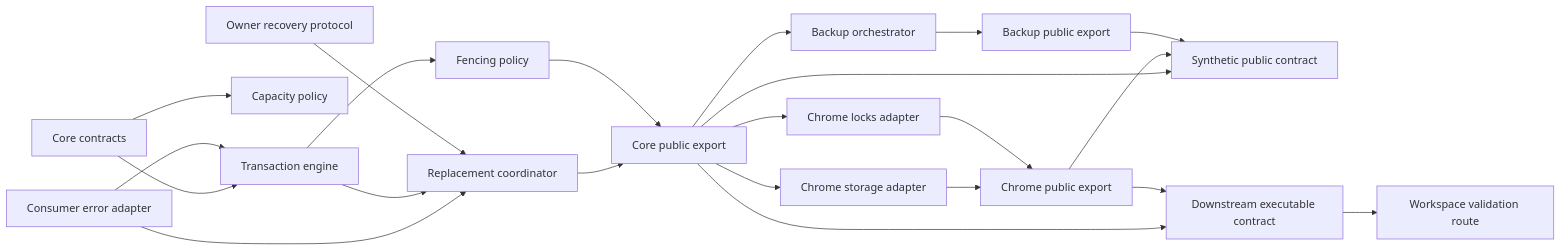
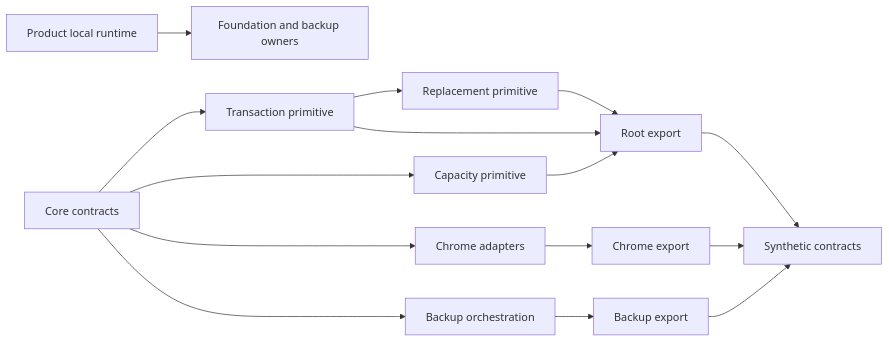
One commit to Huruikagi/pc-build-planner changed the first of 2 diagrams in .kiro/specs/local-data-library-boundaries/design.md. Above: the diagram before and after it, drawn with Mermaid. The commit also changed other lines of this file and 29 other files, not shown here.

Commit message:
feat(local-data-foundation): characterize product runtime

````diff
--- a/.kiro/specs/local-data-library-boundaries/design.md
+++ b/.kiro/specs/local-data-library-boundaries/design.md
@@ -87,24 +72,17 @@
 ```mermaid
 graph LR
-    CoreContracts[Core contracts] --> Transaction[Transaction engine]
-    ErrorAdapter[Consumer error adapter] --> Transaction
-    ErrorAdapter --> Replacement
-    CoreContracts --> Capacity[Capacity policy]
-    Transaction --> Replacement[Replacement coordinator]
-    Transaction --> Fencing[Fencing policy]
-    RecoveryProtocol[Owner recovery protocol] --> Replacement
-    Replacement --> CorePublic[Core public export]
-    Fencing --> CorePublic
-    ChromeStorage[Chrome storage adapter] --> ChromePublic[Chrome public export]
-    ChromeLocks[Chrome locks adapter] --> ChromePublic
-    CorePublic --> ChromeStorage
-    CorePublic --> ChromeLocks
-    CorePublic --> BackupFlow[Backup orchestrator]
-    BackupFlow --> BackupPublic[Backup public export]
-    CorePublic --> SyntheticContract[Synthetic public contract]
-    ChromePublic --> SyntheticContract
-    BackupPublic --> SyntheticContract
-    ProductContract[Downstream executable contract] --> ValidationRoute[Workspace validation route]
-    CorePublic --> ProductContract
-    ChromePublic --> ProductContract
+    Contracts[Core contracts] --> Transaction[Transaction primitive]
+    Contracts --> Capacity[Capacity primitive]
+    Transaction --> Replacement[Replacement primitive]
+    Contracts --> Chrome[Chrome adapters]
+    Contracts --> Backup[Backup orchestration]
+    Transaction --> RootExport[Root export]
+    Capacity --> RootExport
+    Replacement --> RootExport
+    Chrome --> ChromeExport[Chrome export]
+    Backup --> BackupExport[Backup export]
+    RootExport --> Synthetic[Synthetic contracts]
+    ChromeExport --> Synthetic
+    BackupExport --> Synthetic
+    ProductRuntime[Product local runtime] --> ProductOwners[Foundation and backup owners]
 ```
````
